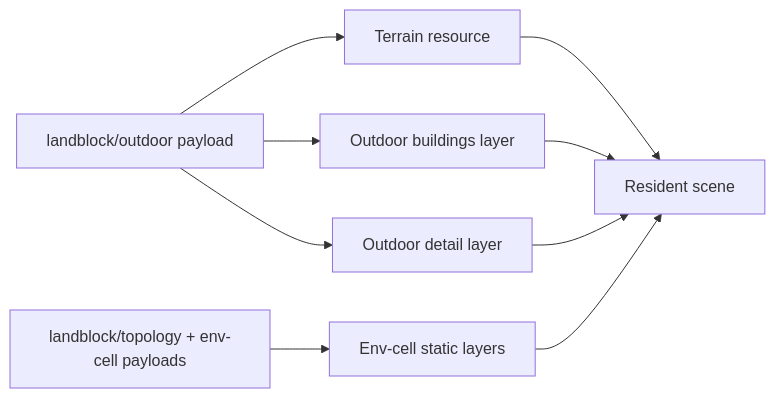
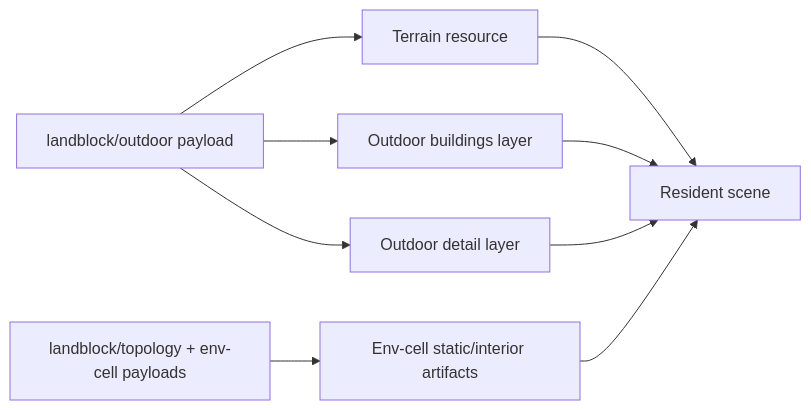
One commit to merklejerk/holtburger changed the second of 9 diagrams in docs/plans/holtburger-3d-static-landblock-render-bundle-replacement-plan.md. Above: the diagram before and after it, drawn with Mermaid. The commit also changed other lines of this file and 8 other files, not shown here.

````diff
--- a/docs/plans/holtburger-3d-static-landblock-render-bundle-replacement-plan.md
+++ b/docs/plans/holtburger-3d-static-landblock-render-bundle-replacement-plan.md
@@ -468,11 +515,11 @@
 ```mermaid
 flowchart LR
     A[landblock/outdoor payload] --> T[Terrain resource]
     A --> B[Outdoor buildings layer]
     A --> C[Outdoor detail layer]
-    D[landblock/topology + env-cell payloads] --> E[Env-cell static layers]
+    D[landblock/topology + env-cell payloads] --> E[Env-cell static/interior artifacts]
     T --> R[Resident scene]
     B --> R
     C --> R
     E --> R
 ```
````
